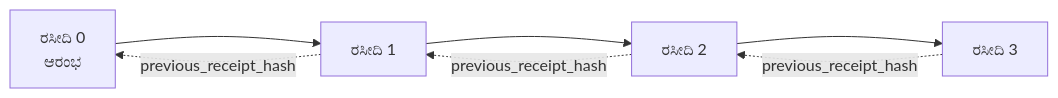
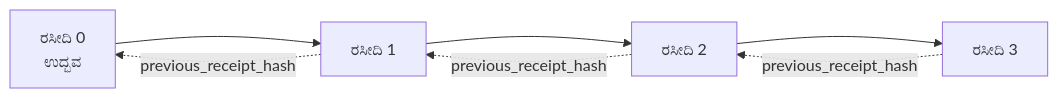
The second of 2 diagrams in mirrors/repos/microsoft@ai-agents-for-beginners/translations/kn/18-securing-ai-agents/README.md (gabrielmoreira/agent-skills-mirror), drawn with Mermaid before and after one commit. The commit also changed other lines of this file and 4262 other files, not shown here.

````diff
--- a/mirrors/repos/microsoft@ai-agents-for-beginners/translations/kn/18-securing-ai-agents/README.md
+++ b/mirrors/repos/microsoft@ai-agents-for-beginners/translations/kn/18-securing-ai-agents/README.md
@@ -206,9 +203,9 @@
 ```mermaid
 flowchart LR
-    R0[ರಸೀದಿ 0<br/>ಆರಂಭ] --> R1[ರಸೀದಿ 1]
+    R0[ರಸೀದಿ 0<br/>ಉದ್ಭವ] --> R1[ರಸೀದಿ 1]
     R1 --> R2[ರಸೀದಿ 2]
     R2 --> R3[ರಸೀದಿ 3]
     R1 -. previous_receipt_hash .-> R0
     R2 -. previous_receipt_hash .-> R1
     R3 -. previous_receipt_hash .-> R2
 ```
````
